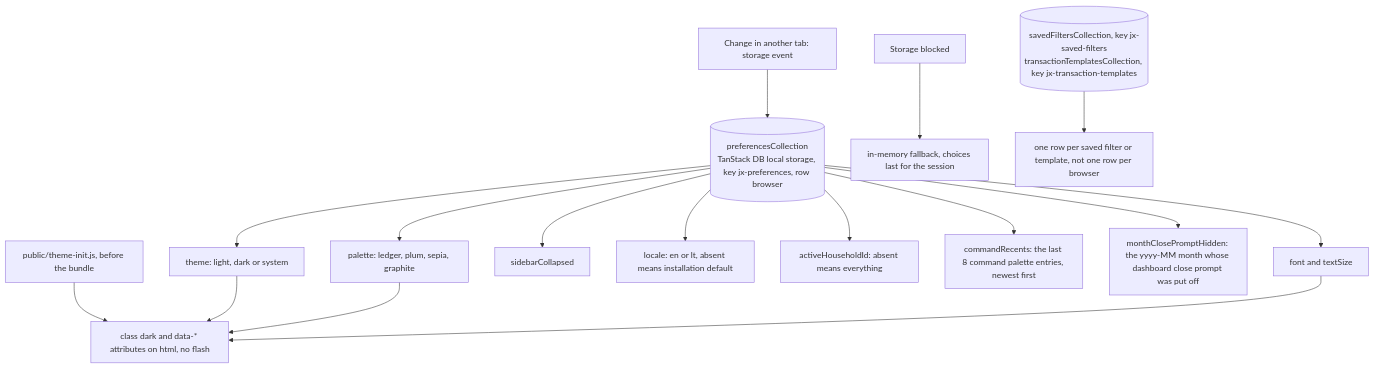
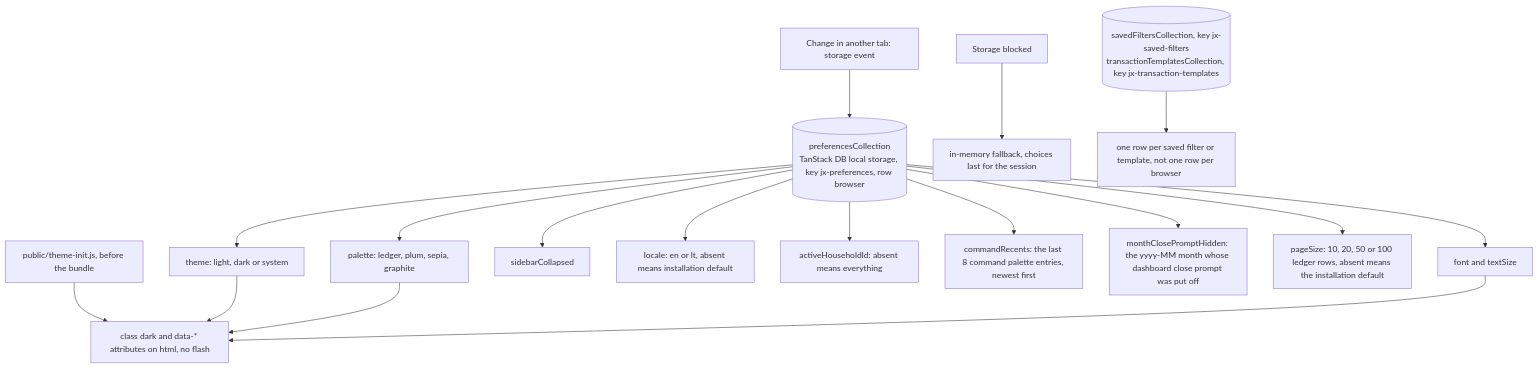
Before and after one commit to Justxs/Jx-Finance: the first of 5 diagrams in docs/features/interface.md, drawn with Mermaid. The commit also changed other lines of this file and 12 other files, not shown here.

First line of the commit message:
feat(settings): choose the ledger's rows per page for your own browser

````diff
--- a/docs/features/interface.md
+++ b/docs/features/interface.md
@@ -5,18 +5,19 @@
 ```mermaid
 flowchart TD
     Pref[("preferencesCollection<br/>TanStack DB local storage, key jx-preferences, row browser")] --> Theme["theme: light, dark or system"]
     Pref --> Palette["palette: ledger, plum, sepia, graphite"]
     Pref --> Font["font and textSize"]
     Pref --> Side["sidebarCollapsed"]
     Pref --> Loc["locale: en or lt, absent means installation default"]
     Pref --> Hh["activeHouseholdId: absent means everything"]
     Pref --> Recent["commandRecents: the last 8 command palette entries, newest first"]
     Pref --> Prompt["monthClosePromptHidden: the yyyy-MM month whose dashboard close prompt was put off"]
+    Pref --> Size["pageSize: 10, 20, 50 or 100 ledger rows, absent means the installation default"]
     Init["public/theme-init.js, before the bundle"] --> Html["class dark and data-* attributes on html, no flash"]
     Theme --> Html
     Palette --> Html
     Font --> Html
     Tab["Change in another tab: storage event"] --> Pref
     Blocked["Storage blocked"] --> Mem["in-memory fallback, choices last for the session"]
     Views[("savedFiltersCollection, key jx-saved-filters<br/>transactionTemplatesCollection, key jx-transaction-templates")] --> Rows["one row per saved filter or template, not one row per browser"]
 ```
````
